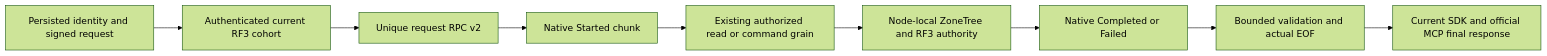
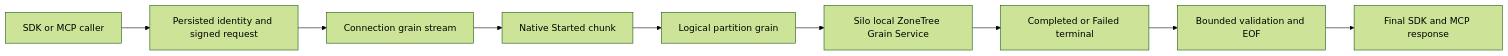
Before and after one commit to managedcode/KeyLoad: the diagram in docs/Features/ClusterRouting/NativeCqrsRequestV2.md, drawn with Mermaid (forest theme). The commit also changed other lines of this file and 7356 other files, not shown here.

````diff
--- a/docs/Features/ClusterRouting/NativeCqrsRequestV2.md
+++ b/docs/Features/ClusterRouting/NativeCqrsRequestV2.md
@@ -12,11 +7,11 @@
 ```mermaid
 flowchart LR
-    Gateway[Persisted identity and signed request] --> Cohort[Authenticated current RF3 cohort]
-    Cohort --> Request[Unique request RPC v2]
-    Request --> Started[Native Started chunk]
-    Started --> Capability[Existing authorized read or command grain]
-    Capability --> Host[Node-local ZoneTree and RF3 authority]
-    Host --> Terminal[Native Completed or Failed]
-    Terminal --> Drain[Bounded validation and actual EOF]
-    Drain --> Response[Current SDK and official MCP final response]
+    Caller[SDK or MCP caller] --> Identity[Persisted identity and signed request]
+    Identity --> Connection[Connection grain stream]
+    Connection --> Started[Native Started chunk]
+    Started --> Partition[Logical partition grain]
+    Partition --> Owner[Silo local ZoneTree Grain Service]
+    Owner --> Terminal[Completed or Failed terminal]
+    Terminal --> Drain[Bounded validation and EOF]
+    Drain --> Response[Final SDK and MCP response]
 ```
````
